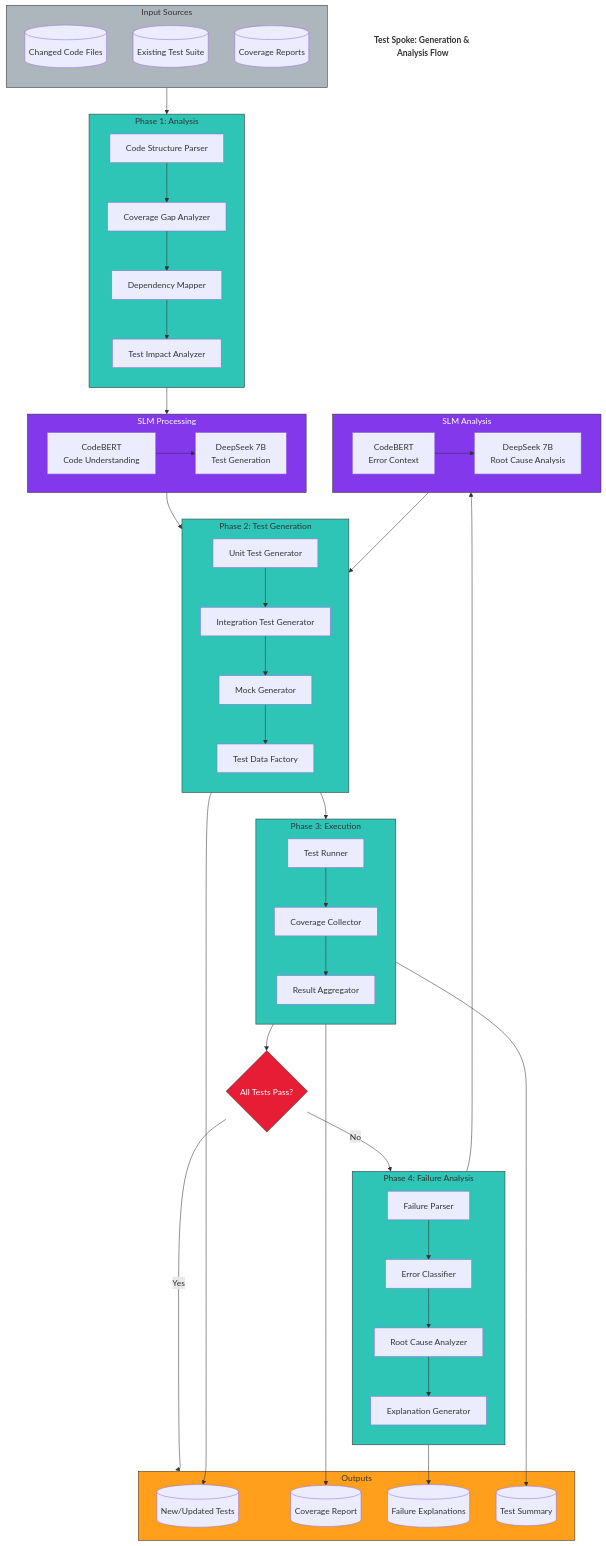
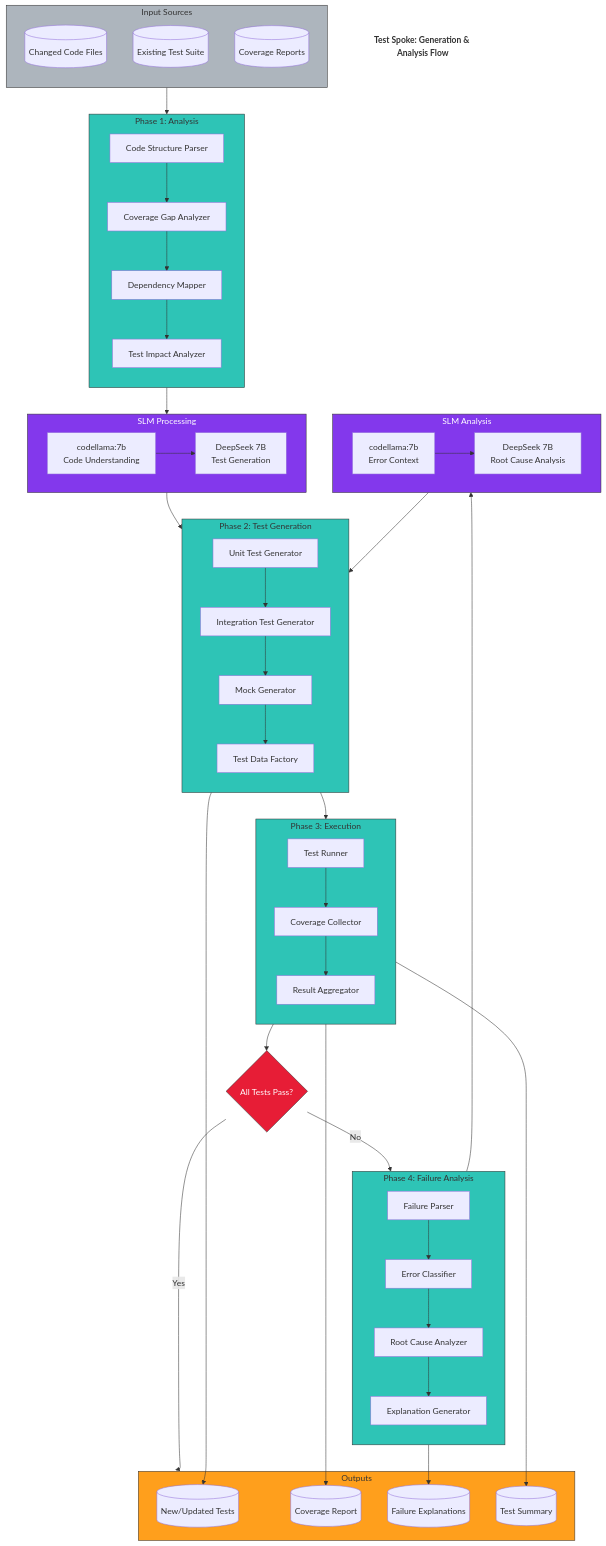
The diagram in docs/diagrams/test-spoke-flow.mmd (Drecoder/spoke-tool), drawn with Mermaid before and after one commit. The commit also changed 27 other files, not shown here.

```diff
--- a/docs/diagrams/test-spoke-flow.mmd
+++ b/docs/diagrams/test-spoke-flow.mmd
@@ -1,109 +1,109 @@
 graph TB
     title["<b>Test Spoke: Generation & Analysis Flow</b>"]
     style title fill:#fff,stroke:#333,stroke-width:0px,color:#333
     
     subgraph Input [Input Sources]
         direction TB
         CodeFiles[("Changed Code Files")]
         ExistingTests[("Existing Test Suite")]
         CoverageData[("Coverage Reports")]
     end
     
     subgraph Phase1 [Phase 1: Analysis]
         direction TB
         A1[Code Structure Parser]
         A2[Coverage Gap Analyzer]
         A3[Dependency Mapper]
         A4[Test Impact Analyzer]
         
         A1 --> A2
         A2 --> A3
         A3 --> A4
     end
     
     subgraph SLM_Test [SLM Processing]
         direction LR
-        T_Encoder[CodeBERT<br/>Code Understanding]
+        T_Encoder[codellama:7b<br/>Code Understanding]
         T_Gen[DeepSeek 7B<br/>Test Generation]
         
         T_Encoder --> T_Gen
     end
     
     subgraph Phase2 [Phase 2: Test Generation]
         direction TB
         G1[Unit Test Generator]
         G2[Integration Test Generator]
         G3[Mock Generator]
         G4[Test Data Factory]
         
         G1 --> G2
         G2 --> G3
         G3 --> G4
     end
     
     subgraph Phase3 [Phase 3: Execution]
         direction TB
         E1[Test Runner]
         E2[Coverage Collector]
         E3[Result Aggregator]
         
         E1 --> E2
         E2 --> E3
     end
     
     subgraph Phase4 [Phase 4: Failure Analysis]
         direction TB
         F1[Failure Parser]
         F2[Error Classifier]
         F3[Root Cause Analyzer]
         F4[Explanation Generator]
         
         F1 --> F2
         F2 --> F3
         F3 --> F4
     end
     
     subgraph SLM_Analysis [SLM Analysis]
         direction LR
-        F_Encoder[CodeBERT<br/>Error Context]
+        F_Encoder[codellama:7b<br/>Error Context]
         F_Analyzer[DeepSeek 7B<br/>Root Cause Analysis]
         
         F_Encoder --> F_Analyzer
     end
     
     subgraph Output [Outputs]
         O1[("New/Updated Tests")]
         O2[("Coverage Report")]
         O3[("Failure Explanations")]
         O4[("Test Summary")]
     end
     
     Input --> Phase1
     Phase1 --> SLM_Test
     SLM_Test --> Phase2
     Phase2 --> Phase3
     
     Phase3 --> Decision{All Tests Pass?}
     
     Decision -->|Yes| Output
     Decision -->|No| Phase4
     
     Phase4 --> SLM_Analysis
     SLM_Analysis --> Phase2
     
     Phase4 --> O3
     Phase3 --> O2
     Phase2 --> O1
     Phase3 --> O4
     
     classDef input fill:#adb5bd,stroke:#333,color:#333
     classDef phase fill:#2ec4b6,stroke:#333,color:#333
     classDef slm fill:#8338ec,stroke:#333,color:#fff
     classDef output fill:#ff9f1c,stroke:#333,color:#333
     classDef decision fill:#e71d36,stroke:#333,color:#fff
     
     class Input input
     class Phase1,Phase2,Phase3,Phase4 phase
     class SLM_Test,SLM_Analysis slm
     class Output output
     class Decision decision
```
